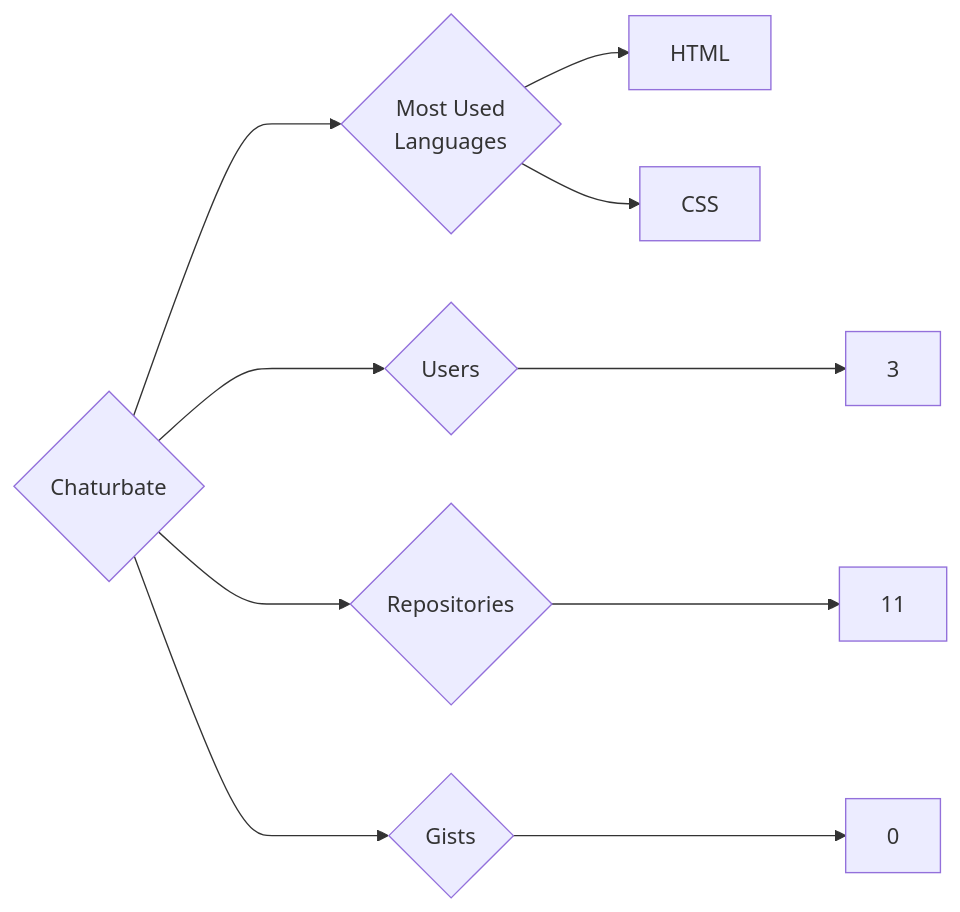
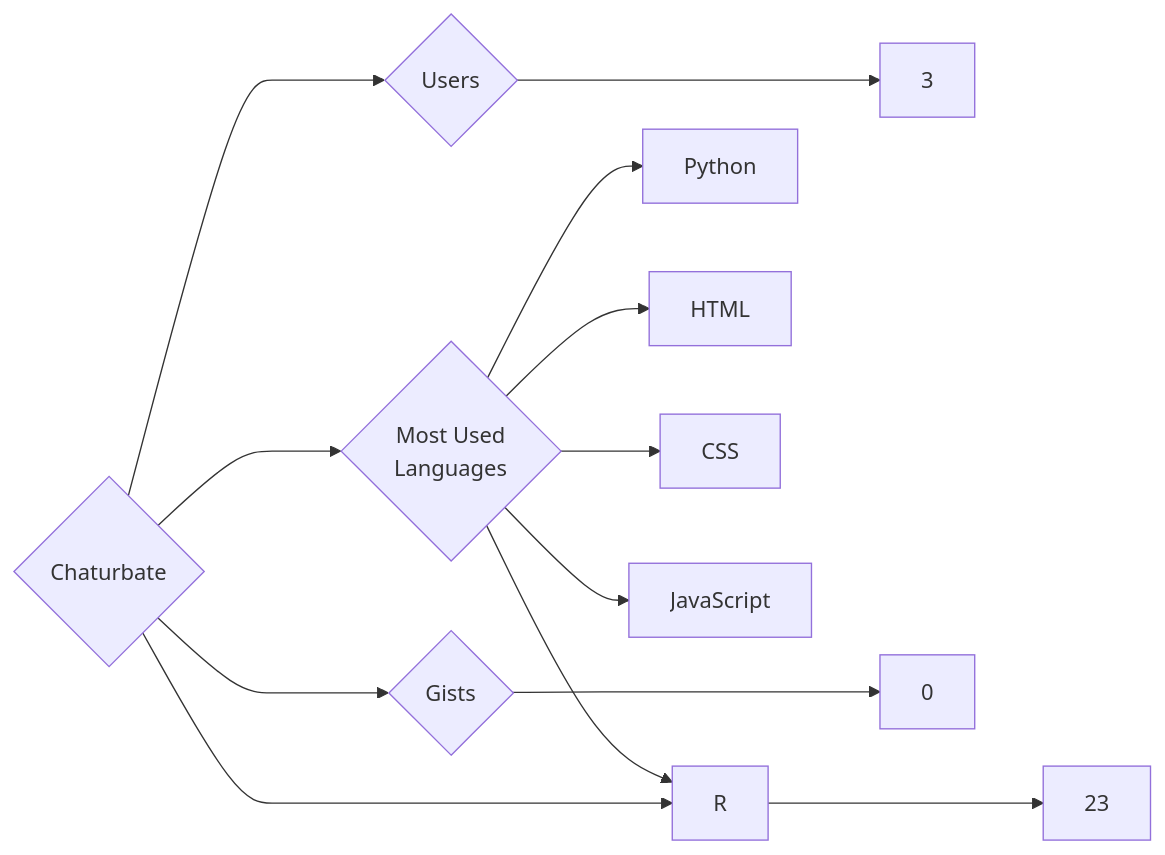
The diagram in targets/Chaturbate/README.md (trickest/insiders), drawn with Mermaid before and after one commit. The commit also changed 984 other files, not shown here.

````diff
--- a/targets/Chaturbate/README.md
+++ b/targets/Chaturbate/README.md
@@ -3,10 +3,13 @@
 ```mermaid
 graph LR
 COMPANY_NAME{Chaturbate}
 COMPANY_NAME ---> U{Users} ---> UN[3]
-COMPANY_NAME ---> R{Repositories} ---> RN[11]
+COMPANY_NAME ---> R{Repositories} ---> RN[23]
 COMPANY_NAME ---> G{Gists} ---> GN[0]
 COMPANY_NAME ---> ML{Most Used<br>Languages}
+ML --> Python[Python]
 ML --> HTML[HTML]
 ML --> CSS[CSS]
+ML --> R[R]
+ML --> JavaScript[JavaScript]
 ```
````
